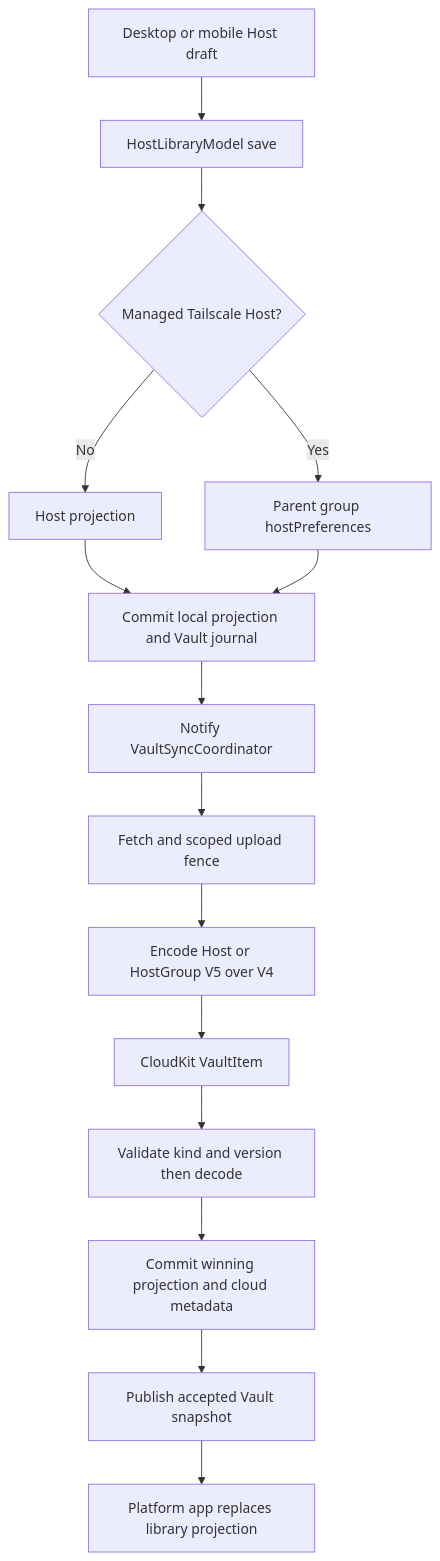
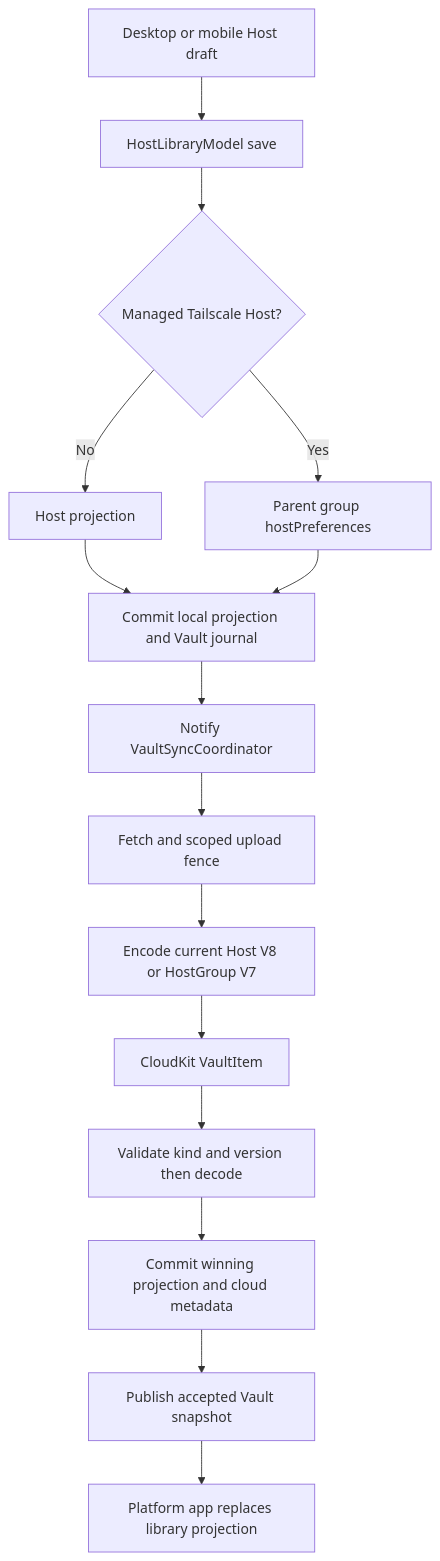
Before and after one commit to AkinoKaede/Termind: the sixth of 7 diagrams in openwiki/workflows/settings-and-cloud-sync.md, drawn with Mermaid. The commit also changed other lines of this file and 67 other files, not shown here.

````diff
--- a/openwiki/workflows/settings-and-cloud-sync.md
+++ b/openwiki/workflows/settings-and-cloud-sync.md
@@ -355,17 +371,17 @@
 ```mermaid
 flowchart TD
     Editor["Desktop or mobile Host draft"] --> Library["HostLibraryModel save"]
     Library --> Kind{"Managed Tailscale Host?"}
     Kind -->|No| Host["Host projection"]
     Kind -->|Yes| Group["Parent group hostPreferences"]
     Host --> Commit["Commit local projection and Vault journal"]
     Group --> Commit
     Commit --> Owner["Notify VaultSyncCoordinator"]
     Owner --> Gate["Fetch and scoped upload fence"]
-    Gate --> Encode["Encode Host or HostGroup V5 over V4"]
+    Gate --> Encode["Encode current Host V8 or HostGroup V7"]
     Encode --> Cloud["CloudKit VaultItem"]
     Cloud --> Decode["Validate kind and version then decode"]
     Decode --> Merge["Commit winning projection and cloud metadata"]
     Merge --> Publish["Publish accepted Vault snapshot"]
     Publish --> Replace["Platform app replaces library projection"]
 ```
````
